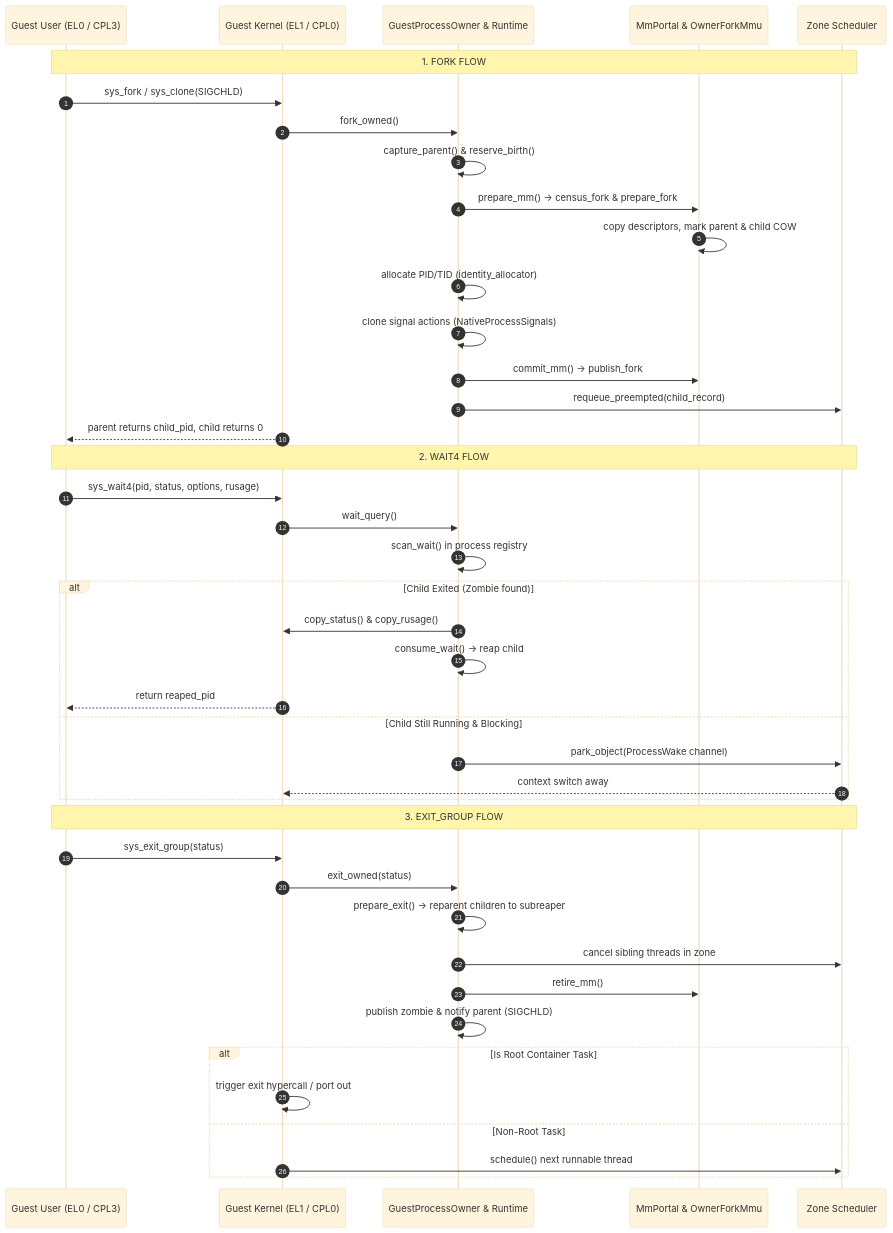
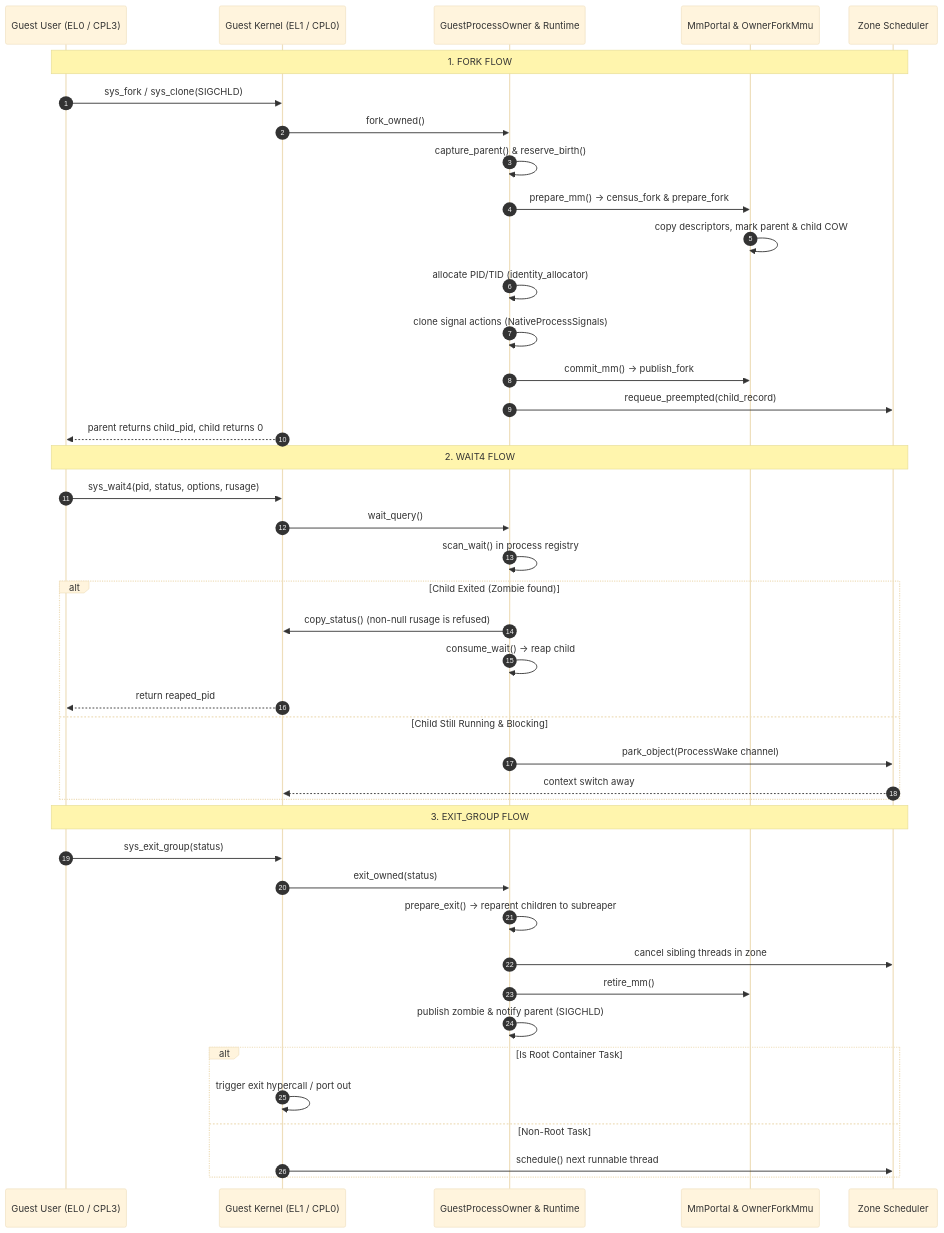
The first of 2 diagrams in docs/design/arm-shared-process-owner-adoption.md (carrick-sh/carrick), drawn with Mermaid (base theme) before and after one commit. The commit also changed other lines of this file and 1 other file, not shown here.

First line of the commit message:
docs(portable): fold shared owner status into the arm adoption design

````diff
--- a/docs/design/arm-shared-process-owner-adoption.md
+++ b/docs/design/arm-shared-process-owner-adoption.md
@@ -84,47 +84,47 @@
 ```mermaid
 sequenceDiagram
     autonumber
     participant Guest as Guest User (EL0 / CPL3)
     participant Kernel as Guest Kernel (EL1 / CPL0)
     participant Owner as GuestProcessOwner & Runtime
     participant MM as MmPortal & OwnerForkMmu
     participant Sched as Zone Scheduler
 
     Note over Guest,Sched: 1. FORK FLOW
     Guest->>Kernel: sys_fork / sys_clone(SIGCHLD)
     Kernel->>Owner: fork_owned()
     Owner->>Owner: capture_parent() & reserve_birth()
     Owner->>MM: prepare_mm() -> census_fork & prepare_fork
     MM->>MM: copy descriptors, mark parent & child COW
     Owner->>Owner: allocate PID/TID (identity_allocator)
     Owner->>Owner: clone signal actions (NativeProcessSignals)
     Owner->>MM: commit_mm() -> publish_fork
     Owner->>Sched: requeue_preempted(child_record)
     Kernel-->>Guest: parent returns child_pid, child returns 0
 
     Note over Guest,Sched: 2. WAIT4 FLOW
     Guest->>Kernel: sys_wait4(pid, status, options, rusage)
     Kernel->>Owner: wait_query()
     Owner->>Owner: scan_wait() in process registry
     alt Child Exited (Zombie found)
-        Owner->>Kernel: copy_status() & copy_rusage()
+        Owner->>Kernel: copy_status() (non-null rusage is refused)
         Owner->>Owner: consume_wait() -> reap child
         Kernel-->>Guest: return reaped_pid
     else Child Still Running & Blocking
         Owner->>Sched: park_object(ProcessWake channel)
         Sched-->>Kernel: context switch away
     end
 
     Note over Guest,Sched: 3. EXIT_GROUP FLOW
     Guest->>Kernel: sys_exit_group(status)
     Kernel->>Owner: exit_owned(status)
     Owner->>Owner: prepare_exit() -> reparent children to subreaper
     Owner->>Sched: cancel sibling threads in zone
     Owner->>MM: retire_mm()
     Owner->>Owner: publish zombie & notify parent (SIGCHLD)
     alt Is Root Container Task
         Kernel->>Kernel: trigger exit hypercall / port out
     else Non-Root Task
         Kernel->>Sched: schedule() next runnable thread
     end
 ```
````
